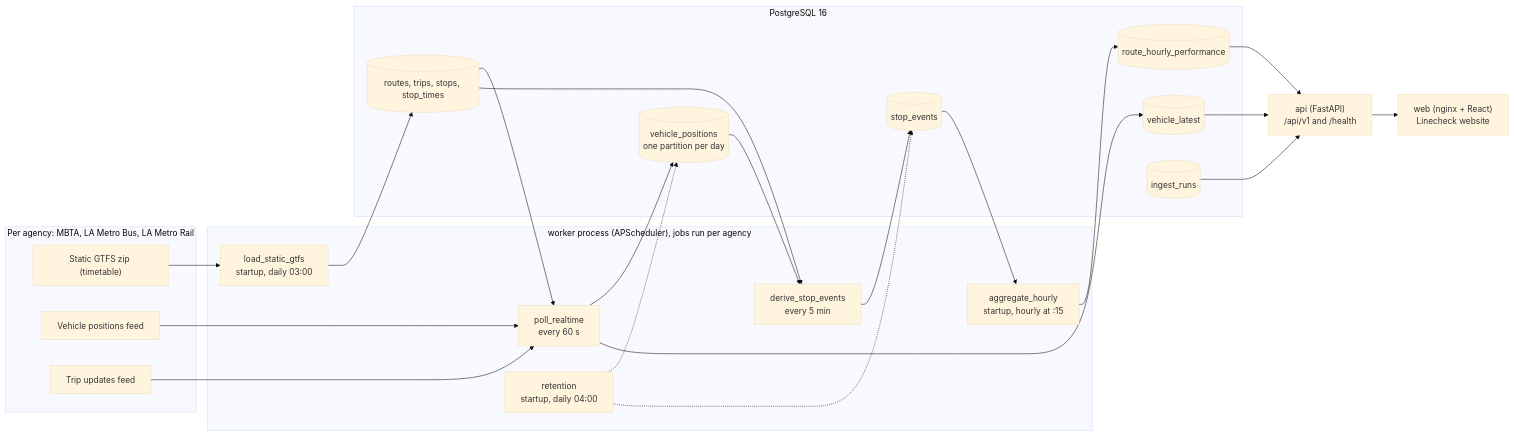
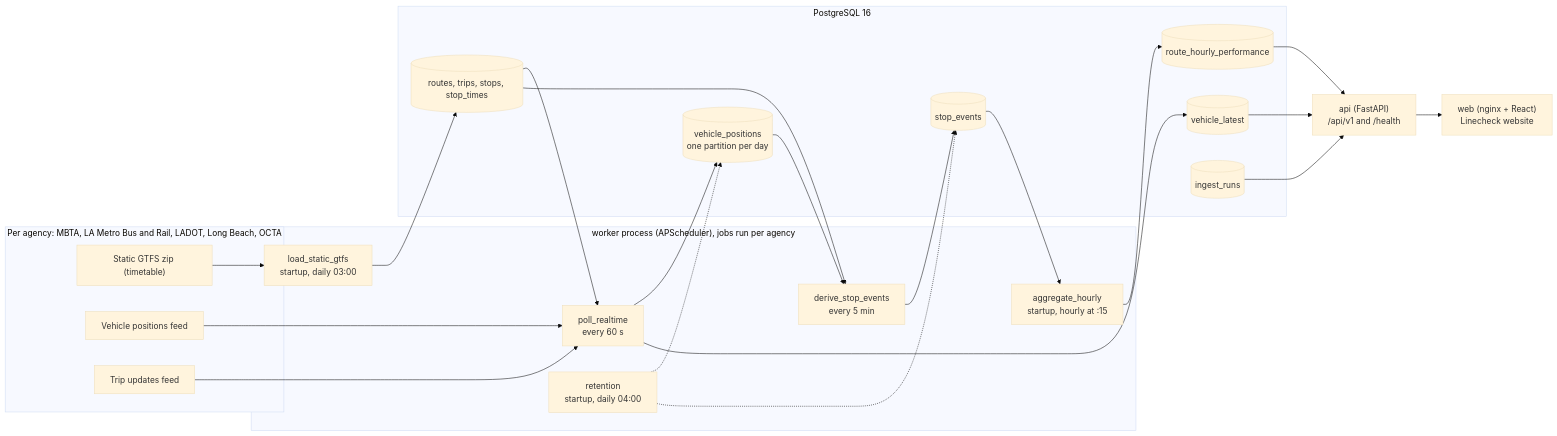
Before and after one commit to MrCheesePro/urban-transit-monitor: the diagram in README.md, drawn with Mermaid (base theme). The commit also changed other lines of this file and 18 other files, not shown here.

First line of the commit message:
Add LADOT, Long Beach Transit, and OCTA

````diff
--- a/README.md
+++ b/README.md
@@ -36,44 +36,44 @@
 ```mermaid
 flowchart LR
-    subgraph SOURCES["Per agency: MBTA, LA Metro Bus, LA Metro Rail"]
+    subgraph SOURCES["Per agency: MBTA, LA Metro Bus and Rail, LADOT, Long Beach, OCTA"]
         GTFS["Static GTFS zip (timetable)"]
         VP_FEED["Vehicle positions feed"]
         TU_FEED["Trip updates feed"]
     end
 
     subgraph WORKER["worker process (APScheduler), jobs run per agency"]
         LOAD["load_static_gtfs<br/>startup, daily 03:00"]
         POLL["poll_realtime<br/>every 60 s"]
         DERIVE["derive_stop_events<br/>every 5 min"]
         AGG["aggregate_hourly<br/>startup, hourly at :15"]
         RET["retention<br/>startup, daily 04:00"]
     end
 
     subgraph DB["PostgreSQL 16"]
         STATIC[("routes, trips, stops, stop_times")]
         POSITIONS[("vehicle_positions<br/>one partition per day")]
         LATEST[("vehicle_latest")]
         EVENTS[("stop_events")]
         HOURLY[("route_hourly_performance")]
         RUNS[("ingest_runs")]
     end
 
     API["api (FastAPI)<br/>/api/v1 and /health"]
     WEB["web (nginx + React)<br/>Linecheck website"]
 
     GTFS --> LOAD --> STATIC
     VP_FEED --> POLL
     TU_FEED --> POLL
     STATIC --> POLL
     POLL --> POSITIONS
     POLL --> LATEST
     POSITIONS --> DERIVE
     STATIC --> DERIVE
     DERIVE --> EVENTS --> AGG --> HOURLY
     RET -.-> POSITIONS
     RET -.-> EVENTS
     LATEST --> API
     HOURLY --> API
     RUNS --> API
     API --> WEB
 ```
````
